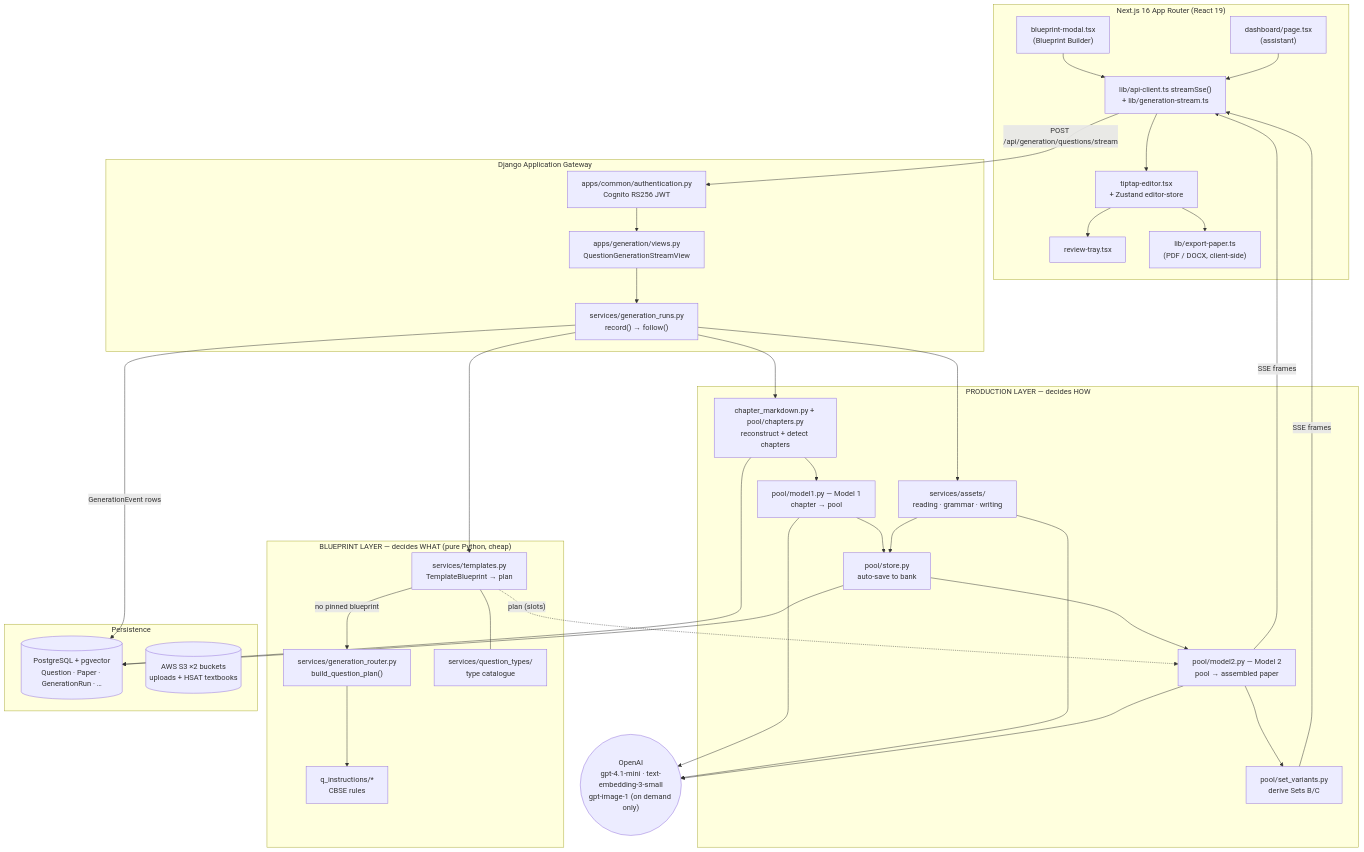
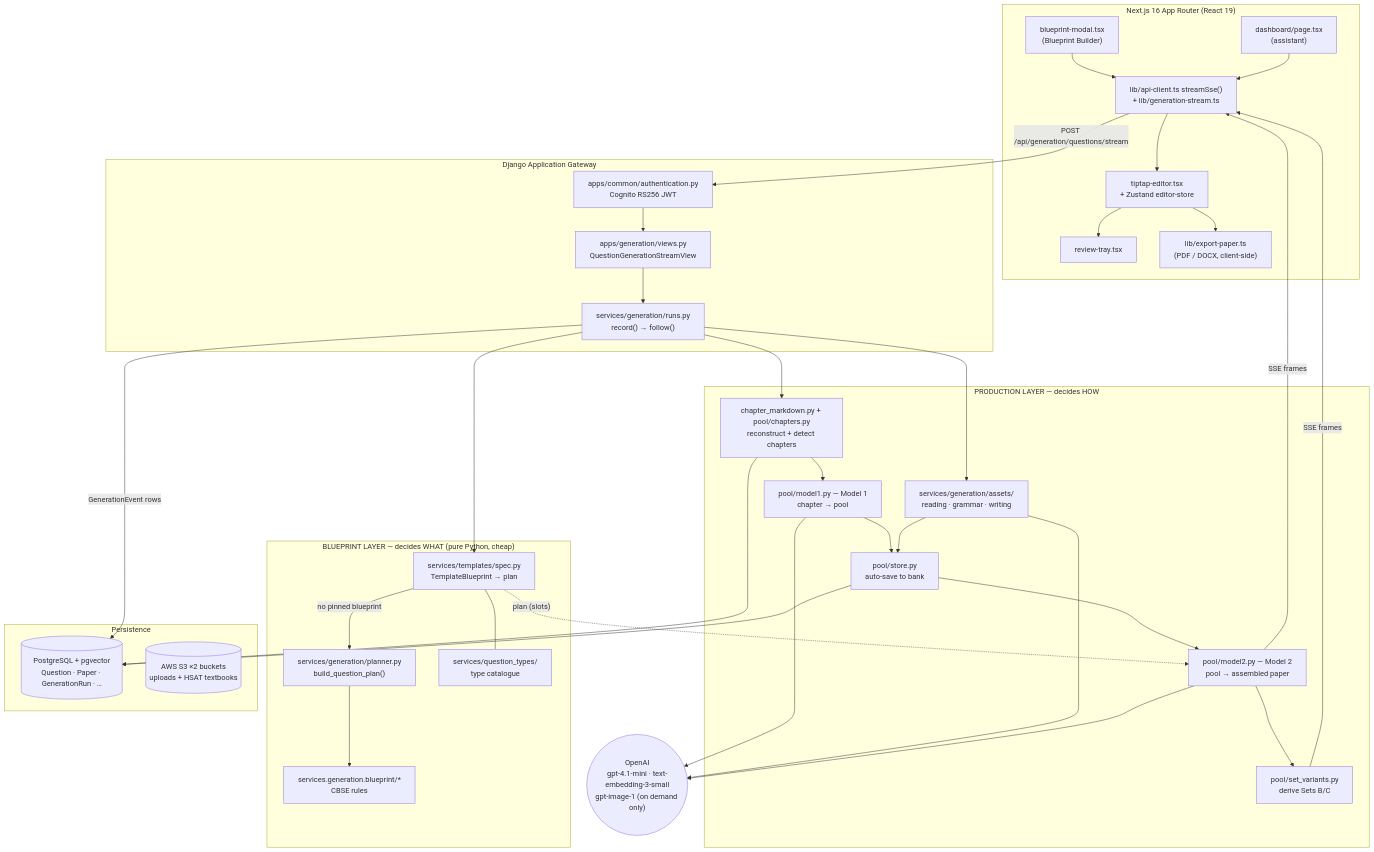
One commit to Paardhu22/qp-gen changed the first of 16 diagrams in README.md. Above: the diagram before and after it, drawn with Mermaid. The commit also changed other lines of this file and 398 other files, not shown here.

First line of the commit message:
refactor(backend): group services/ by domain, fold q_instructions in

````diff
--- a/README.md
+++ b/README.md
@@ -117,61 +117,61 @@
 ```mermaid
 flowchart TB
     subgraph Client["Next.js 16 App Router (React 19)"]
         BB["blueprint-modal.tsx<br/>(Blueprint Builder)"]
         CHAT["dashboard/page.tsx<br/>(assistant)"]
         SSE_C["lib/api-client.ts streamSse()<br/>+ lib/generation-stream.ts"]
         ED["tiptap-editor.tsx<br/>+ Zustand editor-store"]
         RT["review-tray.tsx"]
         EX["lib/export-paper.ts<br/>(PDF / DOCX, client-side)"]
     end
 
     subgraph Gateway["Django Application Gateway"]
         AUTH["apps/common/authentication.py<br/>Cognito RS256 JWT"]
         VIEW["apps/generation/views.py<br/>QuestionGenerationStreamView"]
-        RUNS["services/generation_runs.py<br/>record() → follow()"]
+        RUNS["services/generation/runs.py<br/>record() → follow()"]
     end
 
     subgraph Blueprint["BLUEPRINT LAYER — decides WHAT (pure Python, cheap)"]
-        TPL["services/templates.py<br/>TemplateBlueprint → plan"]
-        ROUTER["services/generation_router.py<br/>build_question_plan()"]
-        QINST["q_instructions/*<br/>CBSE rules"]
+        TPL["services/templates/spec.py<br/>TemplateBlueprint → plan"]
+        ROUTER["services/generation/planner.py<br/>build_question_plan()"]
+        QINST["services.generation.blueprint/*<br/>CBSE rules"]
         QT["services/question_types/<br/>type catalogue"]
     end
 
     subgraph Production["PRODUCTION LAYER — decides HOW"]
         CH["chapter_markdown.py + pool/chapters.py<br/>reconstruct + detect chapters"]
-        AS["services/assets/<br/>reading · grammar · writing"]
+        AS["services/generation/assets/<br/>reading · grammar · writing"]
         M1["pool/model1.py — Model 1<br/>chapter → pool"]
         STORE["pool/store.py<br/>auto-save to bank"]
         M2["pool/model2.py — Model 2<br/>pool → assembled paper"]
         VAR["pool/set_variants.py<br/>derive Sets B/C"]
     end
 
     subgraph Data["Persistence"]
         PG[("PostgreSQL + pgvector<br/>Question · Paper · GenerationRun · …")]
         S3[("AWS S3 ×2 buckets<br/>uploads + HSAT textbooks")]
     end
 
     OAI(("OpenAI<br/>gpt-4.1-mini · text-embedding-3-small<br/>gpt-image-1 (on demand only)"))
 
     BB --> SSE_C
     CHAT --> SSE_C
     SSE_C -->|"POST /api/generation/questions/stream"| AUTH --> VIEW --> RUNS
     RUNS --> TPL
     TPL -->|"no pinned blueprint"| ROUTER --> QINST
     TPL --- QT
     RUNS --> CH --> M1 --> STORE
     RUNS --> AS --> STORE
     STORE --> M2 --> VAR
     TPL -.->|"plan (slots)"| M2
     CH --> PG
     M1 --> OAI
     AS --> OAI
     M2 --> OAI
     STORE --> PG
     RUNS -->|"GenerationEvent rows"| PG
     VAR -->|"SSE frames"| SSE_C
     M2 -->|"SSE frames"| SSE_C
     SSE_C --> ED --> RT
     ED --> EX
 ```
````
